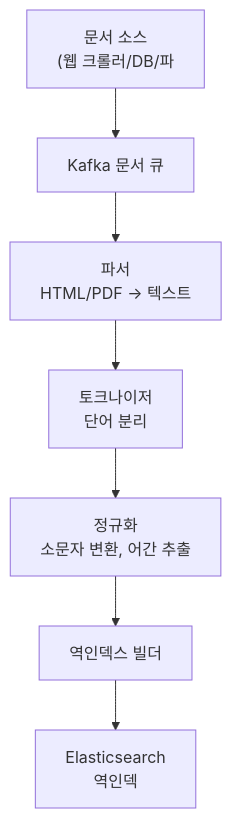
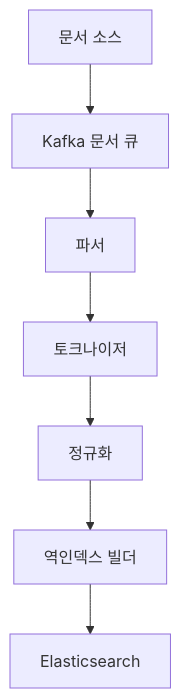
One commit to yjkim2015/yjkim2015.github.io changed the second of 5 diagrams in _posts/systemdesign/2026-05-02-system-design-search.md. Above: the diagram before and after it, drawn with Mermaid. The commit also changed other lines of this file and 217 other files, not shown here.

First line of the commit message:
Mermaid 크기 수정: useMaxWidth:true + SVG max-width:100% + 라벨 축소

````diff
--- a/_posts/systemdesign/2026-05-02-system-design-search.md
+++ b/_posts/systemdesign/2026-05-02-system-design-search.md
@@ -65,9 +65,9 @@
 ```mermaid
 graph TD
-    Source["문서 소스\n(웹 크롤러/DB/파"] --> Kafka["Kafka 문서 큐"]
-    Kafka --> Parser["파서\nHTML/PDF → 텍스트"]
-    Parser --> Tokenizer["토크나이저\n단어 분리"]
-    Tokenizer --> Normalizer["정규화\n소문자 변환, 어간 추출"]
+    Source["문서 소스"] --> Kafka["Kafka 문서 큐"]
+    Kafka --> Parser["파서"]
+    Parser --> Tokenizer["토크나이저"]
+    Tokenizer --> Normalizer["정규화"]
     Normalizer --> Builder["역인덱스 빌더"]
-    Builder --> ES["Elasticsearch\n역인덱"]
+    Builder --> ES["Elasticsearch"]
 ```
````
